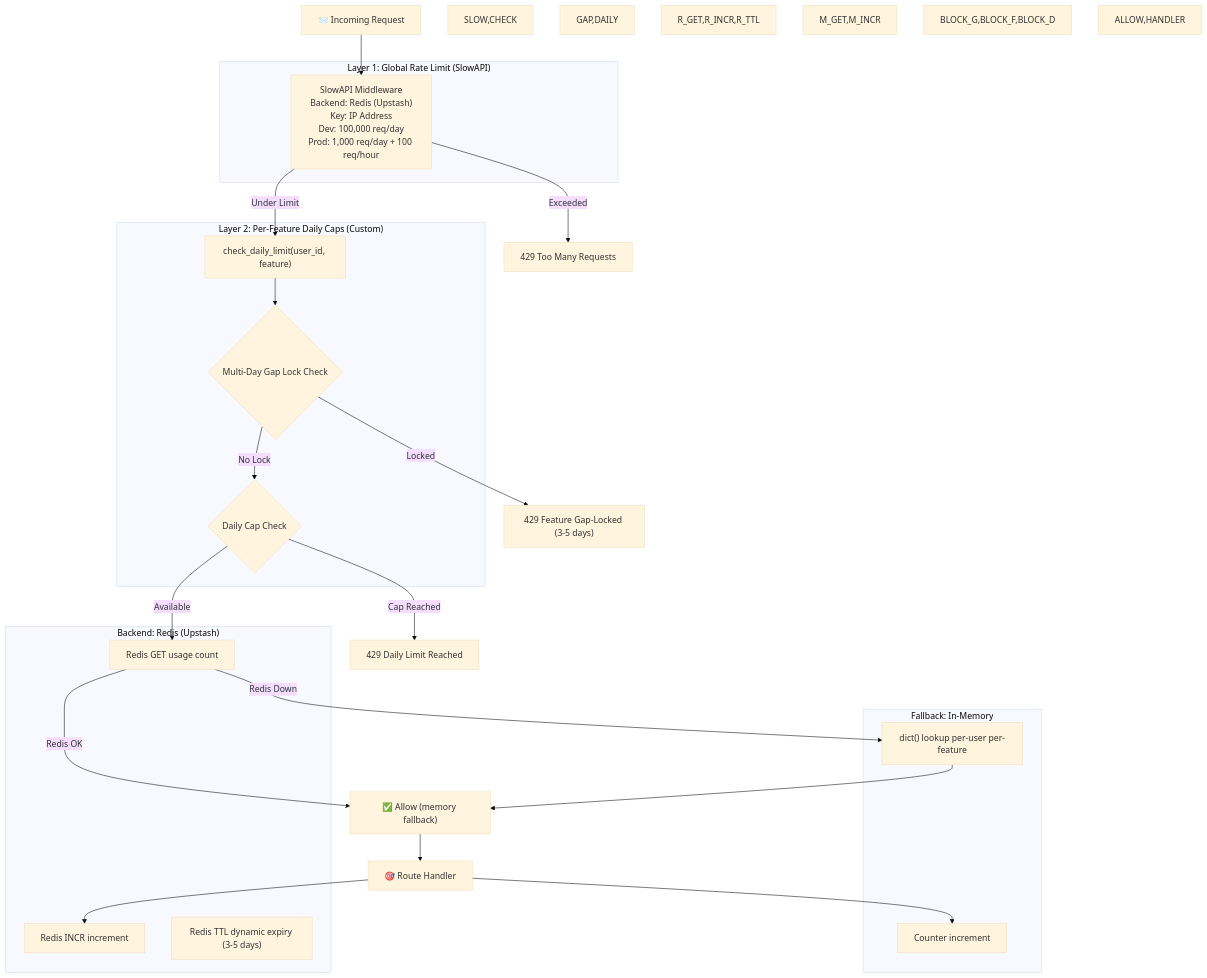
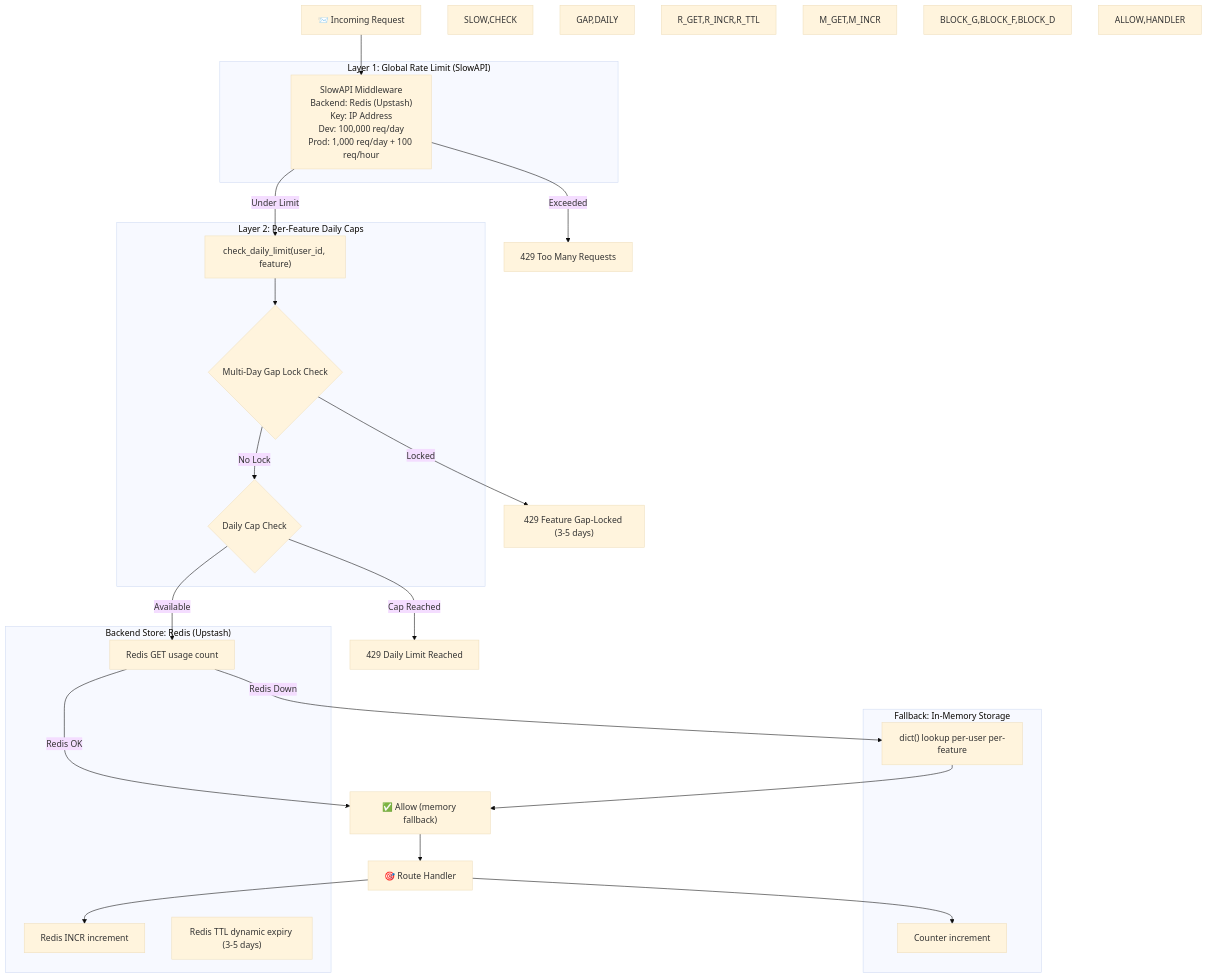
Before and after one commit to Anil-Pradhan-web/ai-career-mentor: diagram 24 of 33 in documentation/ARCHITECTURE.md, drawn with Mermaid (base theme). The commit also changed other lines of this file and 3 other files, not shown here.

First line of the commit message:
docs: update all documentation — ARCHITECTURE, SYSTEM, API, DOCKER_GUIDE verified against codebase

````diff
--- a/documentation/ARCHITECTURE.md
+++ b/documentation/ARCHITECTURE.md
@@ -1549,58 +1632,58 @@
 ```mermaid
 flowchart TD
     classDef layer fill:#0ea5e9,color:#fff,stroke:#38bdf8
     classDef decision fill:#f59e0b,color:#fff,stroke:#d97706
     classDef block fill:#ef4444,color:#fff,stroke:#dc2626
     classDef allow fill:#34d399,color:#fff,stroke:#10b981
 
     REQ["📨 Incoming Request"]
     
     subgraph "Layer 1: Global Rate Limit (SlowAPI)"
         SLOW["SlowAPI Middleware<br/>Backend: Redis (Upstash)<br/>Key: IP Address<br/>Dev: 100,000 req/day<br/>Prod: 1,000 req/day + 100 req/hour"]
     end
     
-    subgraph "Layer 2: Per-Feature Daily Caps (Custom)"
+    subgraph "Layer 2: Per-Feature Daily Caps"
         CHECK["check_daily_limit(user_id, feature)"]
         
         GAP{"Multi-Day Gap Lock Check"}
         DAILY{"Daily Cap Check"}
     end
     
-    subgraph "Backend: Redis (Upstash)"
+    subgraph "Backend Store: Redis (Upstash)"
         R_GET["Redis GET usage count"]
         R_INCR["Redis INCR increment"]
         R_TTL["Redis TTL dynamic expiry (3-5 days)"]
     end
     
-    subgraph "Fallback: In-Memory"
+    subgraph "Fallback: In-Memory Storage"
         M_GET["dict() lookup per-user per-feature"]
         M_INCR["Counter increment"]
     end
     
     REQ --> SLOW
     
     SLOW -->|"Under Limit"| CHECK
     SLOW -->|"Exceeded"| BLOCK_G["429 Too Many Requests"]
     
     CHECK --> GAP
     
     GAP -->|"Locked"| BLOCK_F["429 Feature Gap-Locked (3-5 days)"]
     GAP -->|"No Lock"| DAILY
     
     DAILY -->|"Cap Reached"| BLOCK_D["429 Daily Limit Reached"]
     DAILY -->|"Available"| R_GET
     
     R_GET -->|"Redis OK"| ALLOW["✅ Allow Request"]
     R_GET -->|"Redis Down"| M_GET --> ALLOW["✅ Allow (memory fallback)"]
     
     ALLOW --> HANDLER["🎯 Route Handler"]
     HANDLER --> R_INCR & M_INCR
-
+ 
     style REQ layer
     style SLOW,CHECK layer
     style GAP,DAILY decision
     style R_GET,R_INCR,R_TTL layer
     style M_GET,M_INCR layer
     style BLOCK_G,BLOCK_F,BLOCK_D block
     style ALLOW,HANDLER allow
 ```
````
